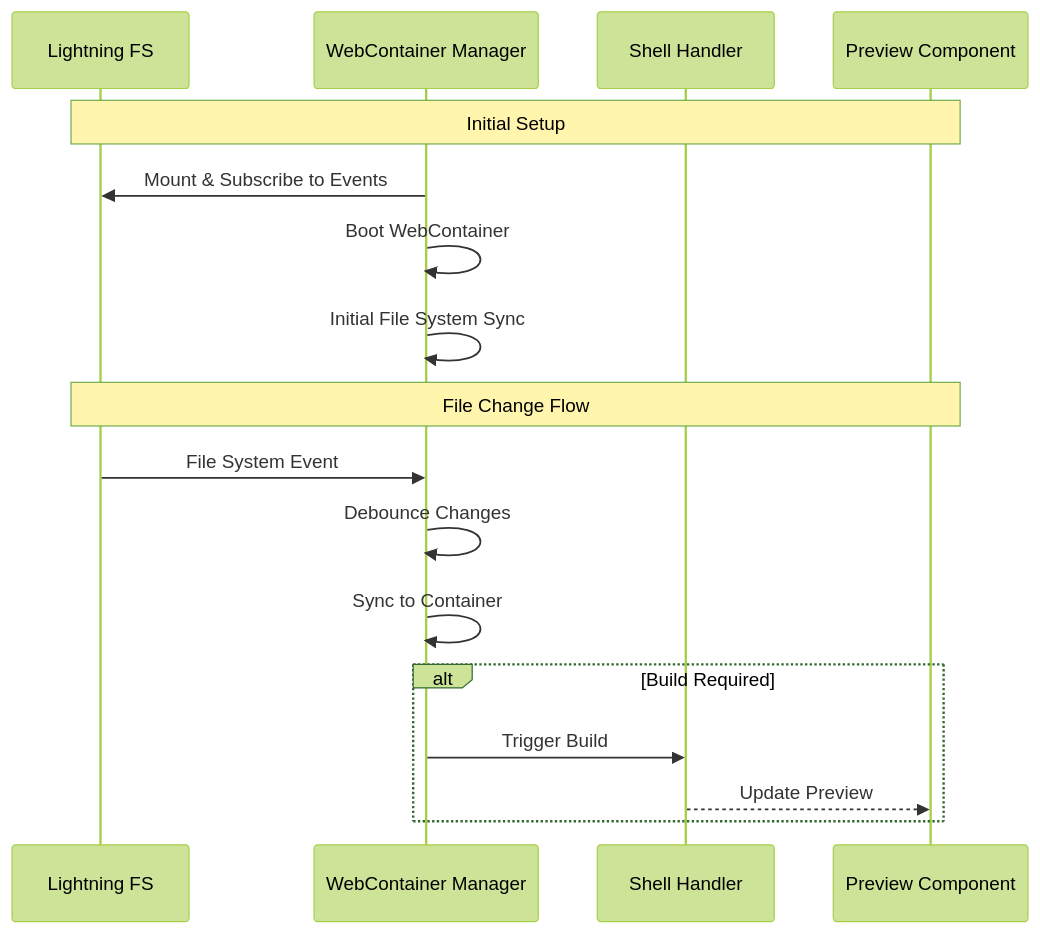
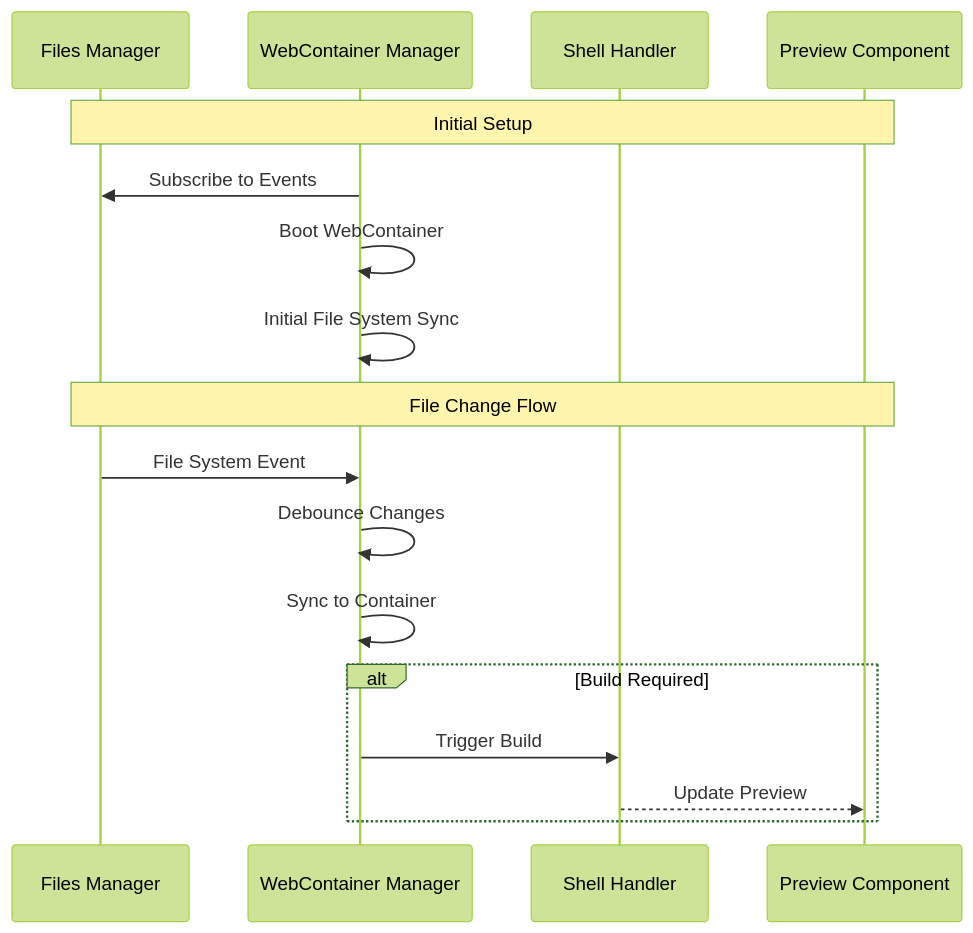
One commit to mrsimpson/piddie changed the ninth of 16 diagrams in architecture.md. Above: the diagram before and after it, drawn with Mermaid (forest theme). The commit also changed other lines of this file, not shown here.

````diff
--- a/architecture.md
+++ b/architecture.md
@@ -794,22 +777,22 @@
 ```mermaid
 sequenceDiagram
-    participant LFS as Lightning FS
+    participant FM as Files Manager
     participant WCM as WebContainer Manager
     participant SH as Shell Handler
     participant PC as Preview Component
     
-    Note over LFS,PC: Initial Setup
-    WCM->>LFS: Mount & Subscribe to Events
+    Note over FM,PC: Initial Setup
+    WCM->>FM: Subscribe to Events
     WCM->>WCM: Boot WebContainer
     WCM->>WCM: Initial File System Sync
     
-    Note over LFS,PC: File Change Flow
-    LFS->>WCM: File System Event
+    Note over FM,PC: File Change Flow
+    FM->>WCM: File System Event
     WCM->>WCM: Debounce Changes
     WCM->>WCM: Sync to Container
     
     alt Build Required
         WCM->>SH: Trigger Build
         SH-->>PC: Update Preview
     end
 ```
````
